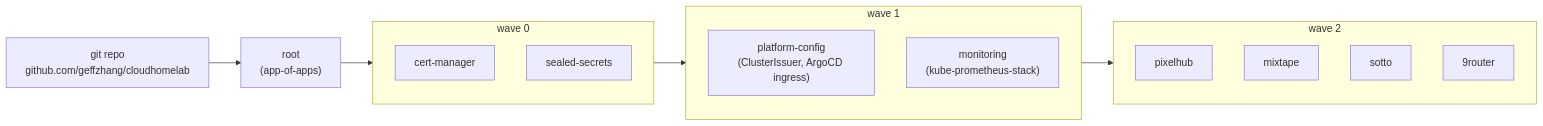
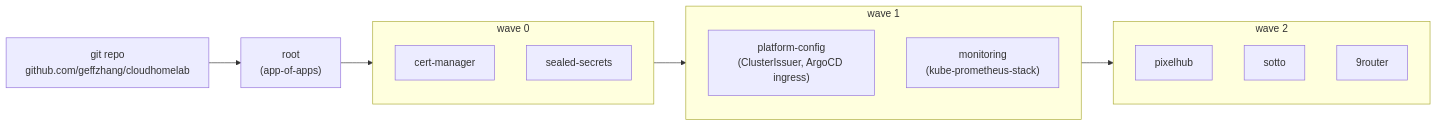
The second of 4 diagrams in docs/architecture/overview.md (geffzhang/cloudhomelab), drawn with Mermaid before and after one commit. The commit also changed other lines of this file and 10 other files, not shown here.

````diff
--- a/docs/architecture/overview.md
+++ b/docs/architecture/overview.md
@@ -63,24 +59,23 @@
 ```mermaid
 graph LR
     Git["git repo<br/>github.com/geffzhang/cloudhomelab"]
     Root["root<br/>(app-of-apps)"]
 
     Git --> Root
 
     subgraph w0["wave 0"]
         CM["cert-manager"]
         SS["sealed-secrets"]
     end
     subgraph w1["wave 1"]
         PC["platform-config<br/>(ClusterIssuer, ArgoCD ingress)"]
         MON["monitoring<br/>(kube-prometheus-stack)"]
     end
     subgraph w2["wave 2"]
         PH["pixelhub"]
-        MIX["mixtape"]
         SOT["sotto"]
         R9R["9router"]
     end
 
     Root --> w0 --> w1 --> w2
 ```
````
